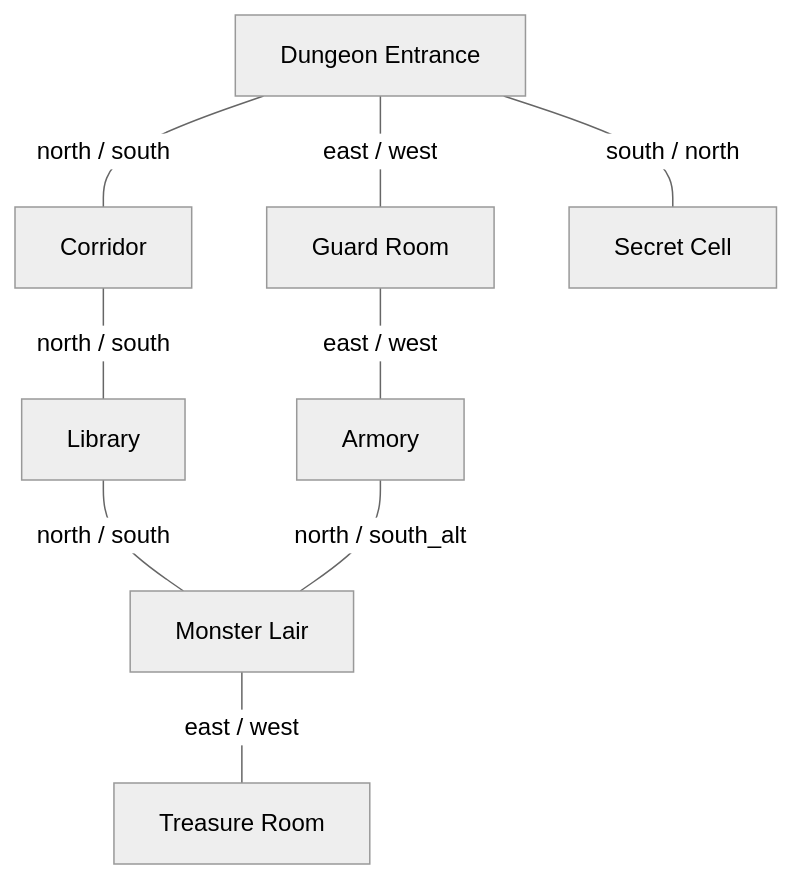
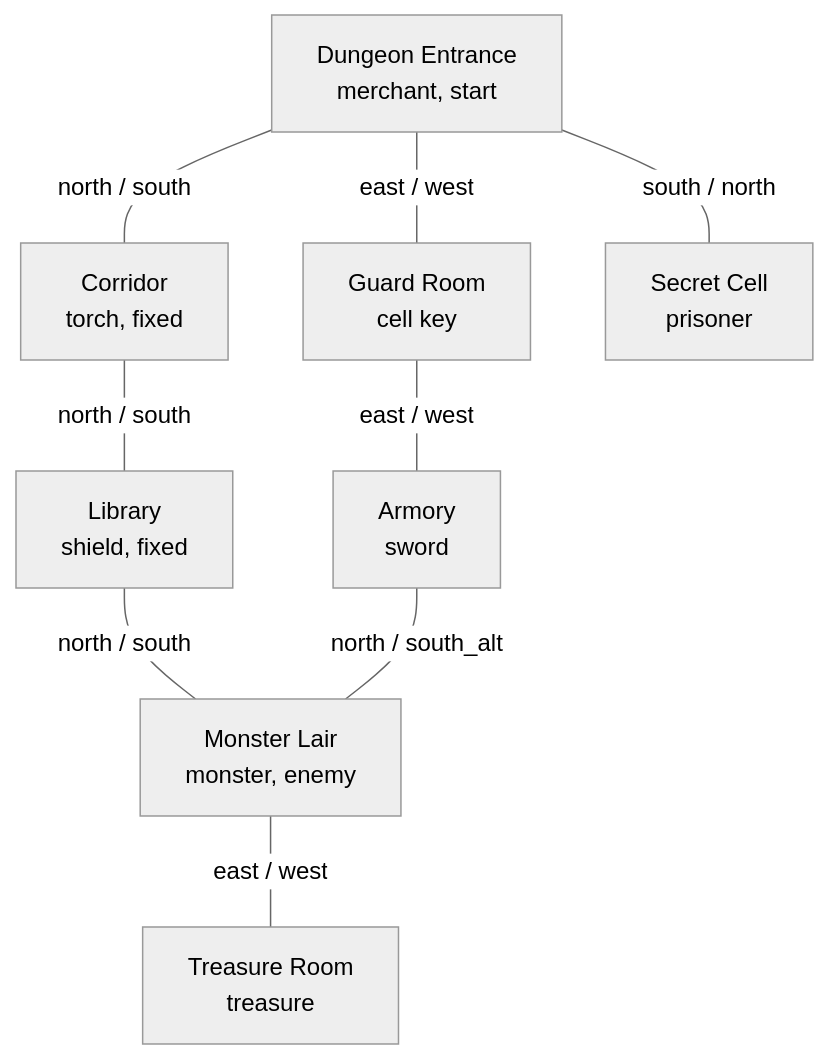
The fourth of 4 diagrams in README.md (SylvainCode42A/TAP), drawn with Mermaid (neutral theme) before and after one commit. The commit also changed other lines of this file, not shown here.

````diff
--- a/README.md
+++ b/README.md
@@ -175,19 +194,19 @@
 ```mermaid
 flowchart TB
-    treasure[Treasure Room]
-    monster[Monster Lair]
-    library[Library]
-    armory[Armory]
-    corridor[Corridor]
-    guard[Guard Room]
-    entrance[Dungeon Entrance]
-    cell[Secret Cell]
+    treasure["Treasure Room<br>treasure"]
+    monster["Monster Lair<br>monster, enemy"]
+    library["Library<br>shield, fixed"]
+    armory["Armory<br>sword"]
+    corridor["Corridor<br>torch, fixed"]
+    guard["Guard Room<br>cell key"]
+    entrance["Dungeon Entrance<br>merchant, start"]
+    cell["Secret Cell<br>prisoner"]
     monster -- east / west --- treasure
     library -- north / south --- monster
     armory -- north / south_alt --- monster
     corridor -- north / south --- library
     guard -- east / west --- armory
     entrance -- north / south --- corridor
     entrance -- east / west --- guard
     entrance -- south / north --- cell
 ```
````
